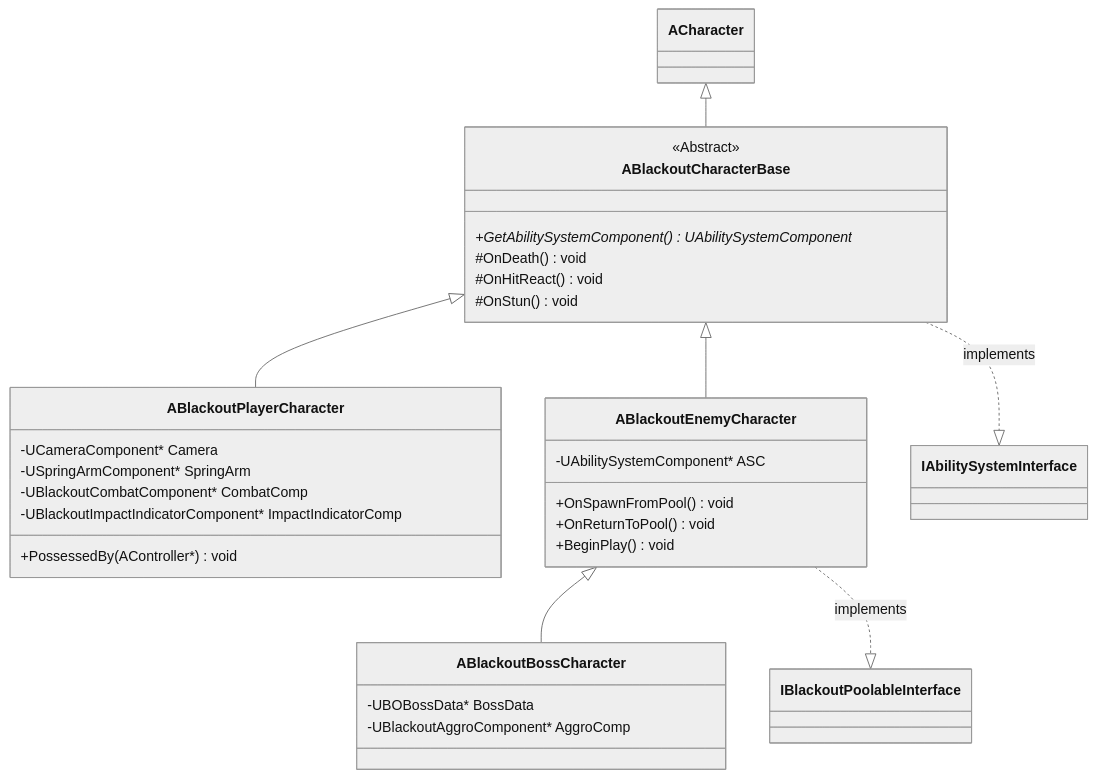
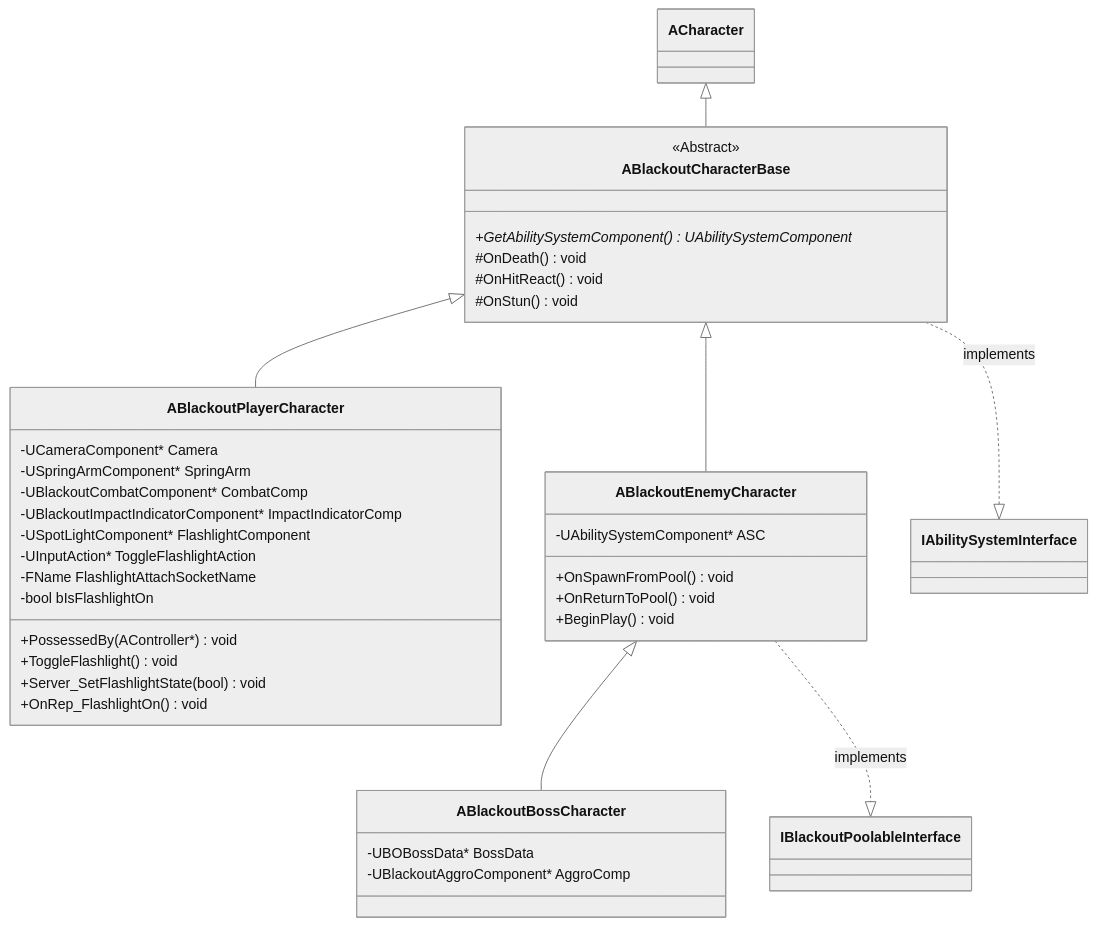
The first of 14 diagrams in Docs/Project_Blackout_클래스다이어그램.md (seongwon1579/ProjectBlackout), drawn with Mermaid (neutral theme) before and after one commit. The commit also changed 12 other files, not shown here.

````diff
--- a/Docs/Project_Blackout_클래스다이어그램.md
+++ b/Docs/Project_Blackout_클래스다이어그램.md
@@ -11,41 +11,48 @@
 ```mermaid
 classDiagram
     direction TB
 
     ACharacter <|-- ABlackoutCharacterBase
     ABlackoutCharacterBase <|-- ABlackoutPlayerCharacter
     ABlackoutCharacterBase <|-- ABlackoutEnemyCharacter
     ABlackoutEnemyCharacter <|-- ABlackoutBossCharacter
 
     ABlackoutCharacterBase ..|> IAbilitySystemInterface : implements
 
     class ABlackoutCharacterBase {
         <<Abstract>>
         +GetAbilitySystemComponent() UAbilitySystemComponent*
         #OnDeath() void
         #OnHitReact() void
         #OnStun() void
     }
 
     class ABlackoutPlayerCharacter {
         -UCameraComponent* Camera
         -USpringArmComponent* SpringArm
         -UBlackoutCombatComponent* CombatComp
         -UBlackoutImpactIndicatorComponent* ImpactIndicatorComp
+        -USpotLightComponent* FlashlightComponent
+        -UInputAction* ToggleFlashlightAction
+        -FName FlashlightAttachSocketName
+        -bool bIsFlashlightOn
         +PossessedBy(AController*) void
+        +ToggleFlashlight() void
+        +Server_SetFlashlightState(bool) void
+        +OnRep_FlashlightOn() void
     }
 
     class ABlackoutEnemyCharacter {
         -UAbilitySystemComponent* ASC
         +OnSpawnFromPool() void
         +OnReturnToPool() void
         +BeginPlay() void
     }
 
     class ABlackoutBossCharacter {
         -UBOBossData* BossData
         -UBlackoutAggroComponent* AggroComp
     }
 
     ABlackoutEnemyCharacter ..|> IBlackoutPoolableInterface : implements
 ```
````
